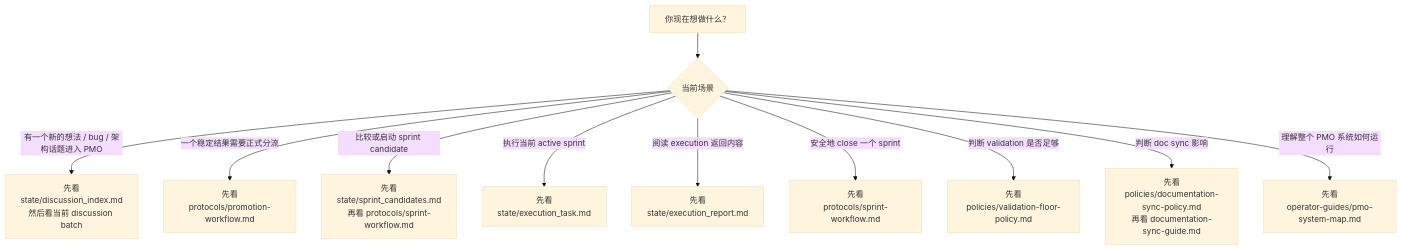
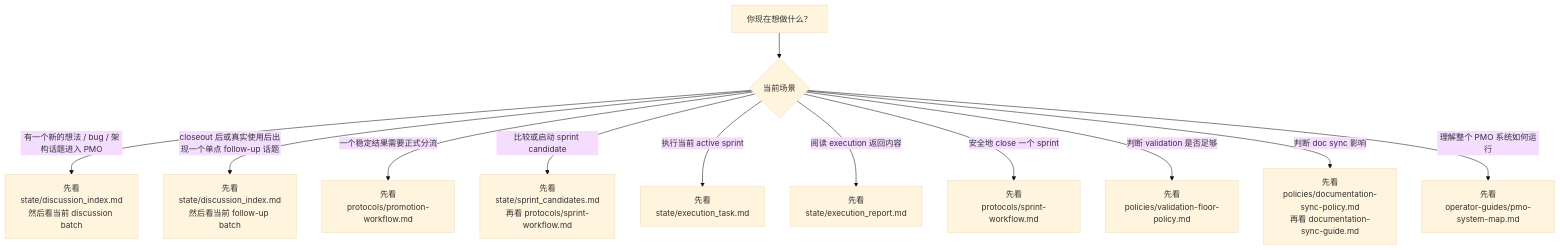
The diagram in docs/pmo/operator-guides/where-to-start.md (Alllllier/Sayachan-Lite), drawn with Mermaid (base theme) before and after one commit. The commit also changed other lines of this file and 12 other files, not shown here.

Commit message:
docs(pmo): support follow-up discussion batches

````diff
--- a/docs/pmo/operator-guides/where-to-start.md
+++ b/docs/pmo/operator-guides/where-to-start.md
@@ -11,14 +11,15 @@
 ```mermaid
 flowchart TD
     A["你现在想做什么？"] --> B{"当前场景"}
 
     B -- "有一个新的想法 / bug / 架构话题进入 PMO" --> C["先看<br/>state/discussion_index.md<br/>然后看当前 discussion batch"]
+    B -- "closeout 后或真实使用后出现一个单点 follow-up 话题" --> C2["先看<br/>state/discussion_index.md<br/>然后看当前 follow-up batch"]
     B -- "一个稳定结果需要正式分流" --> D["先看<br/>protocols/promotion-workflow.md"]
     B -- "比较或启动 sprint candidate" --> E["先看<br/>state/sprint_candidates.md<br/>再看 protocols/sprint-workflow.md"]
     B -- "执行当前 active sprint" --> F["先看<br/>state/execution_task.md"]
     B -- "阅读 execution 返回内容" --> G["先看<br/>state/execution_report.md"]
     B -- "安全地 close 一个 sprint" --> H["先看<br/>protocols/sprint-workflow.md"]
     B -- "判断 validation 是否足够" --> I["先看<br/>policies/validation-floor-policy.md"]
     B -- "判断 doc sync 影响" --> J["先看<br/>policies/documentation-sync-policy.md<br/>再看 documentation-sync-guide.md"]
     B -- "理解整个 PMO 系统如何运行" --> K["先看<br/>operator-guides/pmo-system-map.md"]
 ```
````
